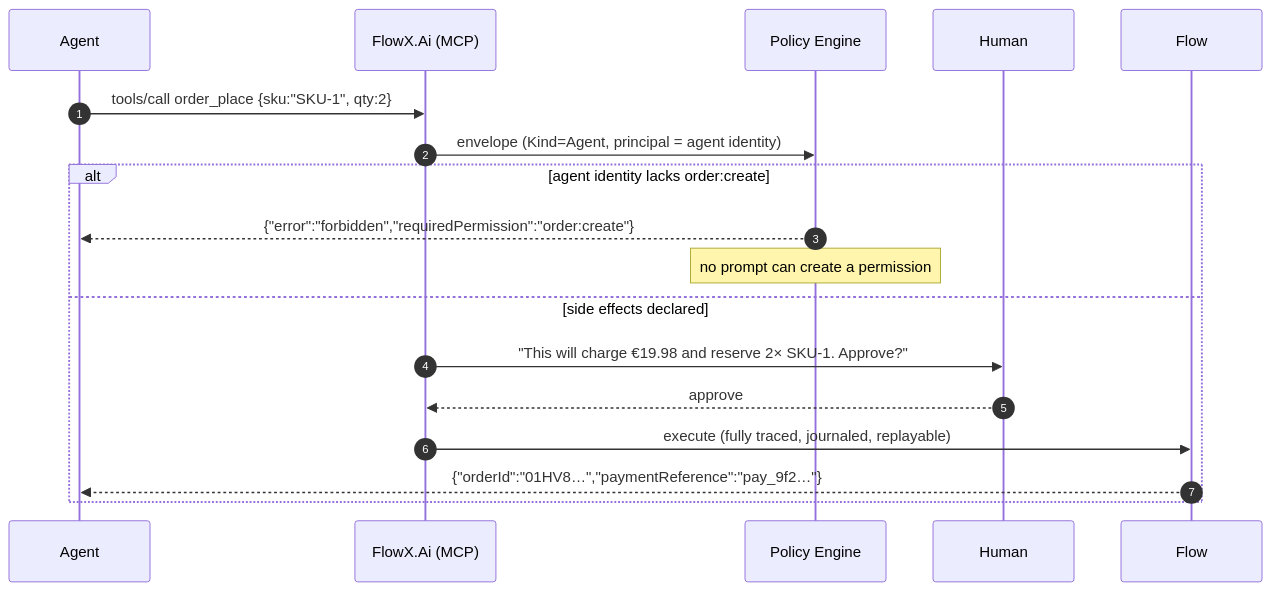
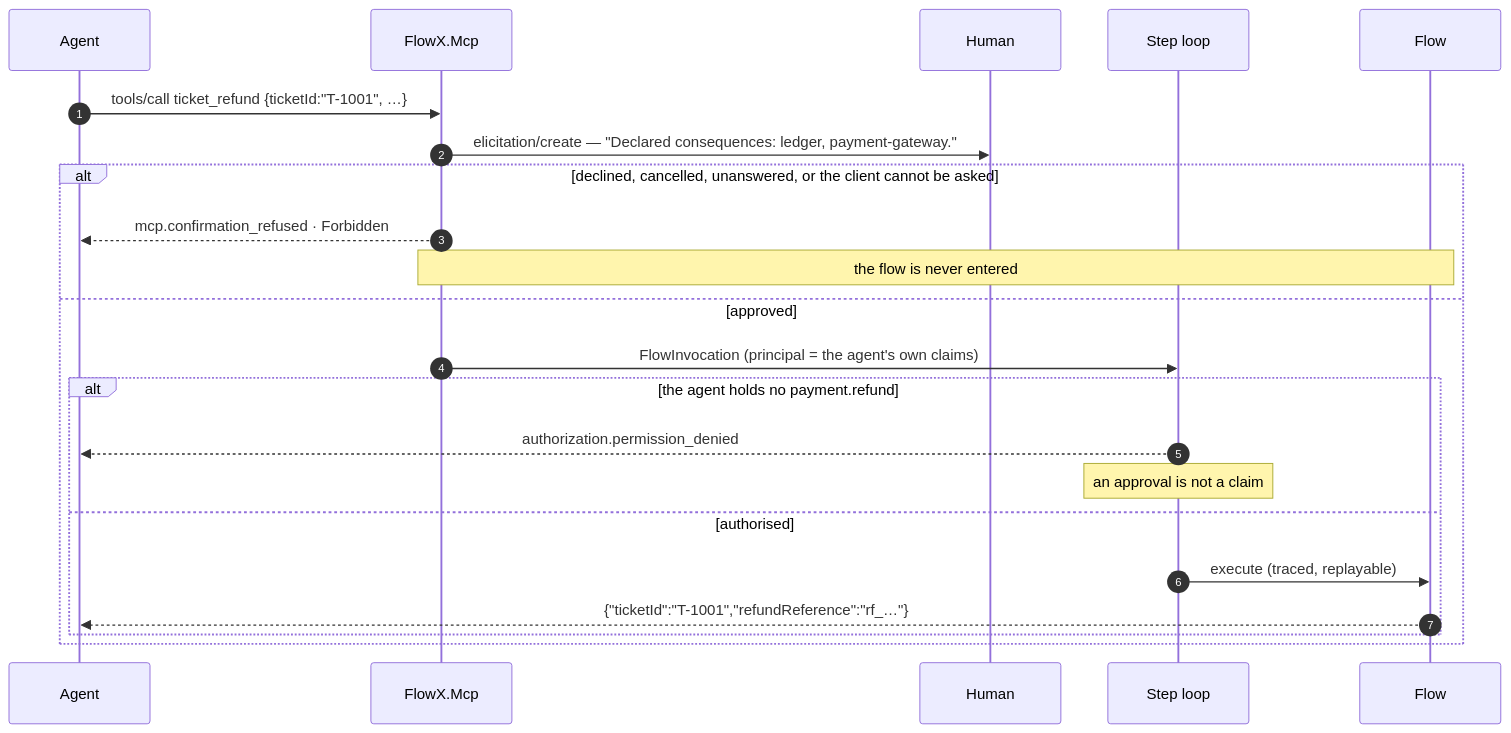
The diagram in samples/ai-agent/README.md (KhaiTrang1995/NexusFlow), drawn with Mermaid before and after one commit. The commit also changed other lines of this file and 13 other files, not shown here.

First line of the commit message:
feat(sample): samples/ai-agent runs, and its claims are tests

````diff
--- a/samples/ai-agent/README.md
+++ b/samples/ai-agent/README.md
@@ -115,21 +97,25 @@
 ```mermaid
 sequenceDiagram
     autonumber
     participant A as Agent
-    participant M as FlowX.Ai (MCP)
-    participant P as Policy Engine
+    participant M as FlowX.Mcp
     participant H as Human
+    participant P as Step loop
     participant F as Flow
 
-    A->>M: tools/call order_place {sku:"SKU-1", qty:2}
-    M->>P: envelope (Kind=Agent, principal = agent identity)
-    alt agent identity lacks order:create
-        P-->>A: {"error":"forbidden","requiredPermission":"order:create"}
-        Note over P: no prompt can create a permission
-    else side effects declared
-        M->>H: "This will charge €19.98 and reserve 2× SKU-1. Approve?"
-        H-->>M: approve
-        M->>F: execute (fully traced, journaled, replayable)
-        F-->>A: {"orderId":"01HV8…","paymentReference":"pay_9f2…"}
+    A->>M: tools/call ticket_refund {ticketId:"T-1001", …}
+    M->>H: elicitation/create — "Declared consequences: ledger, payment-gateway."
+    alt declined, cancelled, unanswered, or the client cannot be asked
+        M-->>A: mcp.confirmation_refused · Forbidden
+        Note over M,F: the flow is never entered
+    else approved
+        M->>P: FlowInvocation (principal = the agent's own claims)
+        alt the agent holds no payment.refund
+            P-->>A: authorization.permission_denied
+            Note over P: an approval is not a claim
+        else authorised
+            P->>F: execute (traced, replayable)
+            F-->>A: {"ticketId":"T-1001","refundReference":"rf_…"}
+        end
     end
 ```
````
